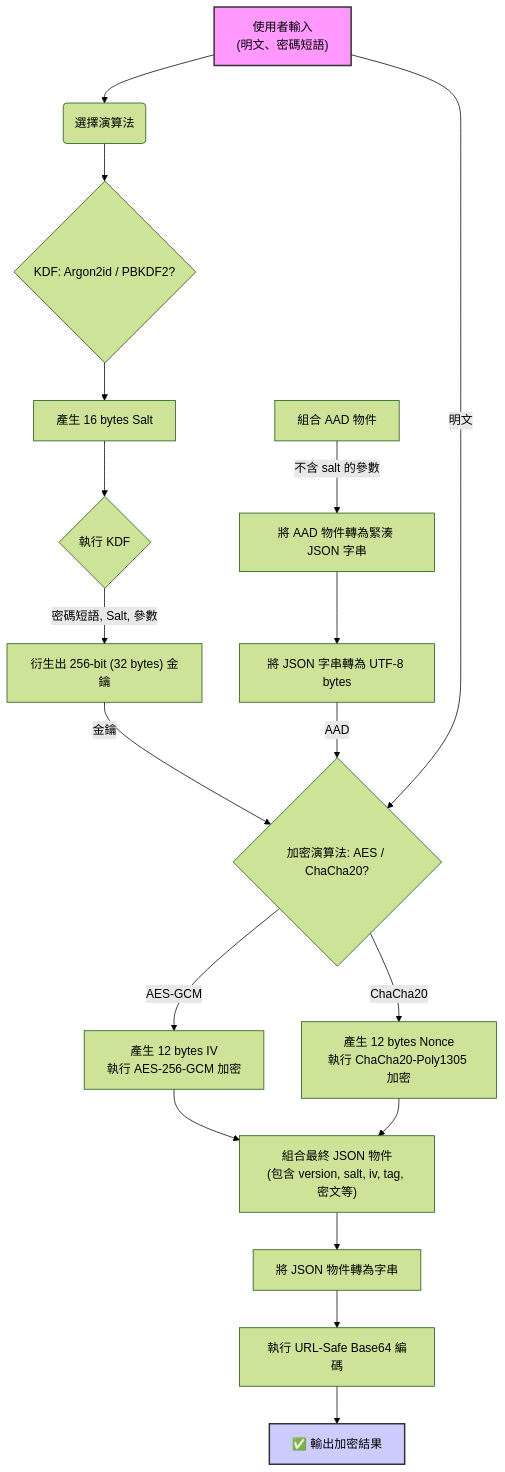
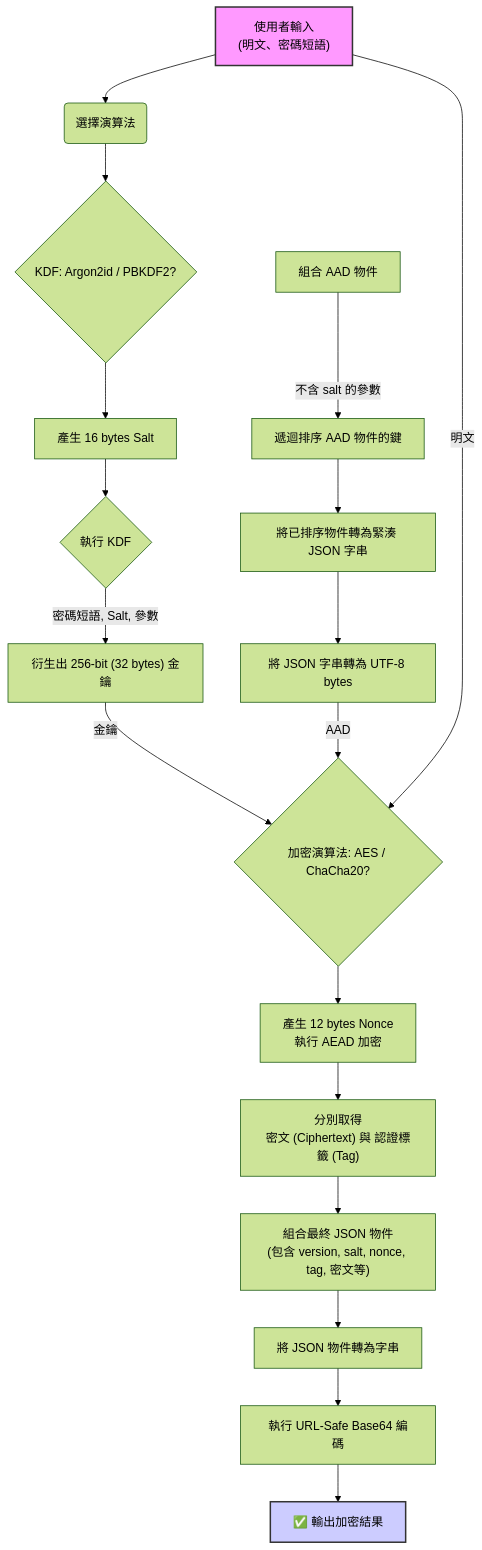
One commit to zanta0529/public changed the first of 2 diagrams in cipher/encipher.md. Above: the diagram before and after it, drawn with Mermaid (forest theme). The commit also changed other lines of this file and 13 other files, not shown here.

Commit message:
Update encipher documentation to v3.0: Revise technical specifications, JSON structure, and processing flow for enhanced clarity and compatibility. Standardize AAD construction and emphasize version compatibility in decryption process.

````diff
--- a/cipher/encipher.md
+++ b/cipher/encipher.md
@@ -197,29 +165,28 @@
 ```mermaid
 graph TD
     A["使用者輸入<br>(明文、密碼短語)"] --> B(選擇演算法);
     B --> C{"KDF: Argon2id / PBKDF2?"};
     C --> D[產生 16 bytes Salt];
     D --> E{執行 KDF};
     E -- "密碼短語, Salt, 參數" --> F["衍生出 256-bit (32 bytes) 金鑰"];
 
-    G[組合 AAD 物件] -- "不含 salt 的參數" --> H["將 AAD 物件轉為緊湊 JSON 字串"];
-    H --> I[將 JSON 字串轉為 UTF-8 bytes];
+    G[組合 AAD 物件] -- "不含 salt 的參數" --> H["遞迴排序 AAD 物件的鍵"];
+    H --> I["將已排序物件轉為緊湊 JSON 字串"];
+    I --> J[將 JSON 字串轉為 UTF-8 bytes];
 
-    J{"加密演算法: AES / ChaCha20?"};
-    F -- 金鑰 --> J;
-    I -- AAD --> J;
-    A -- 明文 --> J;
+    K{"加密演算法: AES / ChaCha20?"};
+    F -- 金鑰 --> K;
+    J -- AAD --> K;
+    A -- 明文 --> K;
 
-    J -->|AES-GCM| K["產生 12 bytes IV<br>執行 AES-256-GCM 加密"];
-    J -->|ChaCha20| L["產生 12 bytes Nonce<br>執行 ChaCha20-Poly1305 加密"];
-
-    K --> M["組合最終 JSON 物件<br>(包含 version, salt, iv, tag, 密文等)"];
-    L --> M;
-
-    M --> N[將 JSON 物件轉為字串];
-    N --> O[執行 URL-Safe Base64 編碼];
-    O --> P[✅ 輸出加密結果];
+    K --> L["產生 12 bytes Nonce<br>執行 AEAD 加密"];
+    L --> M["分別取得<br>密文 (Ciphertext) 與 認證標籤 (Tag)"];
+    
+    M --> N["組合最終 JSON 物件<br>(包含 version, salt, nonce, tag, 密文等)"];
+    N --> O[將 JSON 物件轉為字串];
+    O --> P[執行 URL-Safe Base64 編碼];
+    P --> Q[✅ 輸出加密結果];
 
     style A fill:#f9f,stroke:#333,stroke-width:2px
-    style P fill:#ccf,stroke:#333,stroke-width:2px
+    style Q fill:#ccf,stroke:#333,stroke-width:2px
 ```
````
